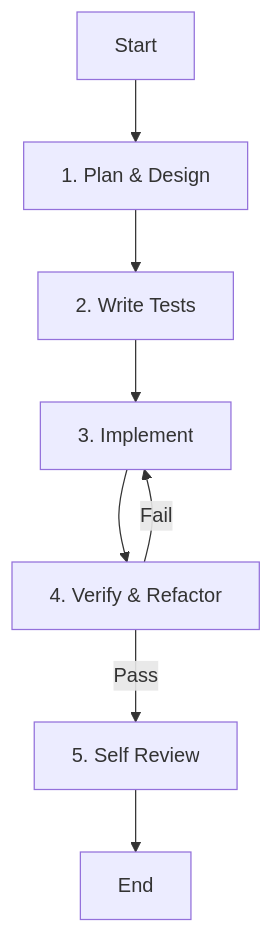
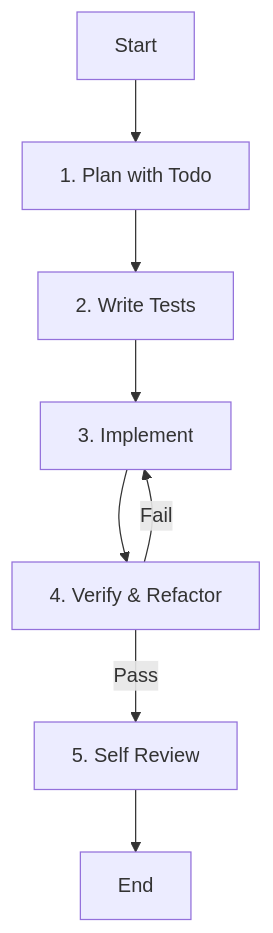
Before and after one commit to ksm0709/dotfiles: the diagram in opencode/config/agent/senior-sw-engineer.md, drawn with Mermaid. The commit also changed other lines of this file and 7 other files, not shown here.

Commit message:
refactor(agent): update all agents to match latest template with 'Plan with Todo' workflow

````diff
--- a/opencode/config/agent/senior-sw-engineer.md
+++ b/opencode/config/agent/senior-sw-engineer.md
@@ -32,10 +32,10 @@
 ```mermaid
 graph TD
-    Start[Start] --> Plan[1. Plan & Design]
+    Start[Start] --> Plan[1. Plan with Todo]
     Plan --> Test[2. Write Tests]
     Test --> Implement[3. Implement]
     Implement --> Verify[4. Verify & Refactor]
     Verify -- Fail --> Implement
     Verify -- Pass --> Review[5. Self Review]
     Review --> End[End]
 ```
````
